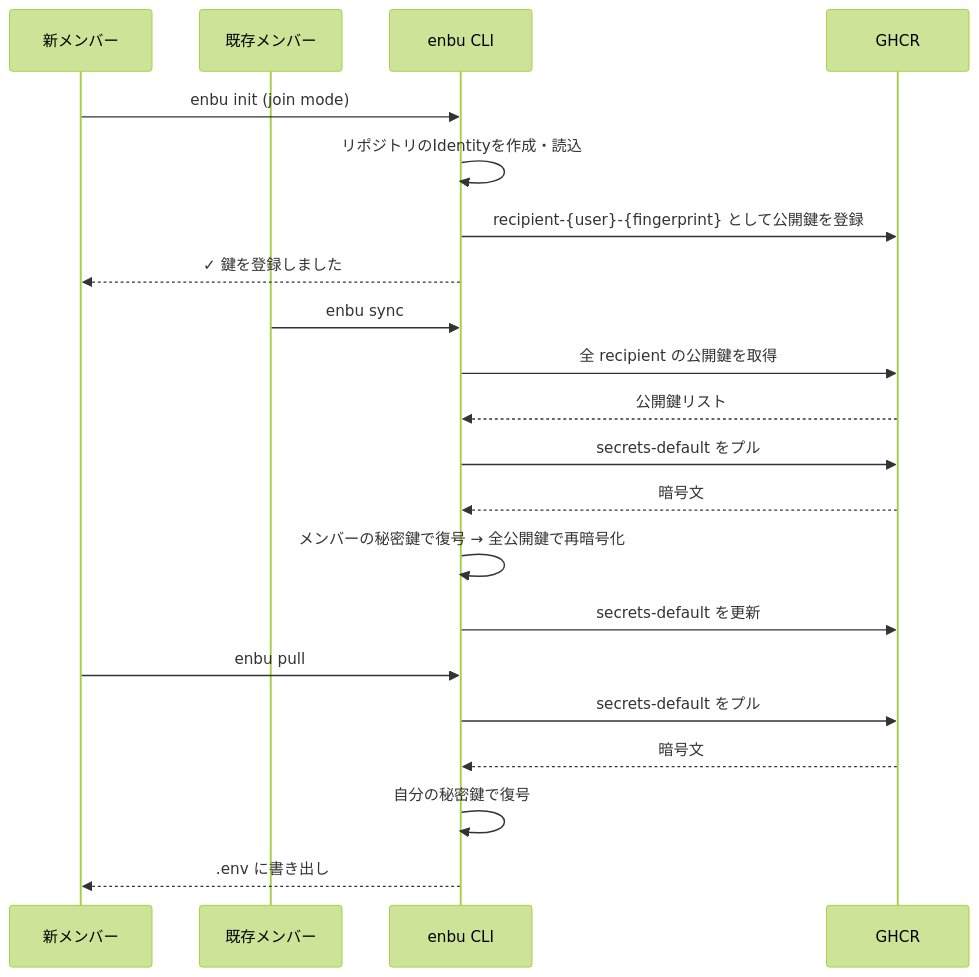
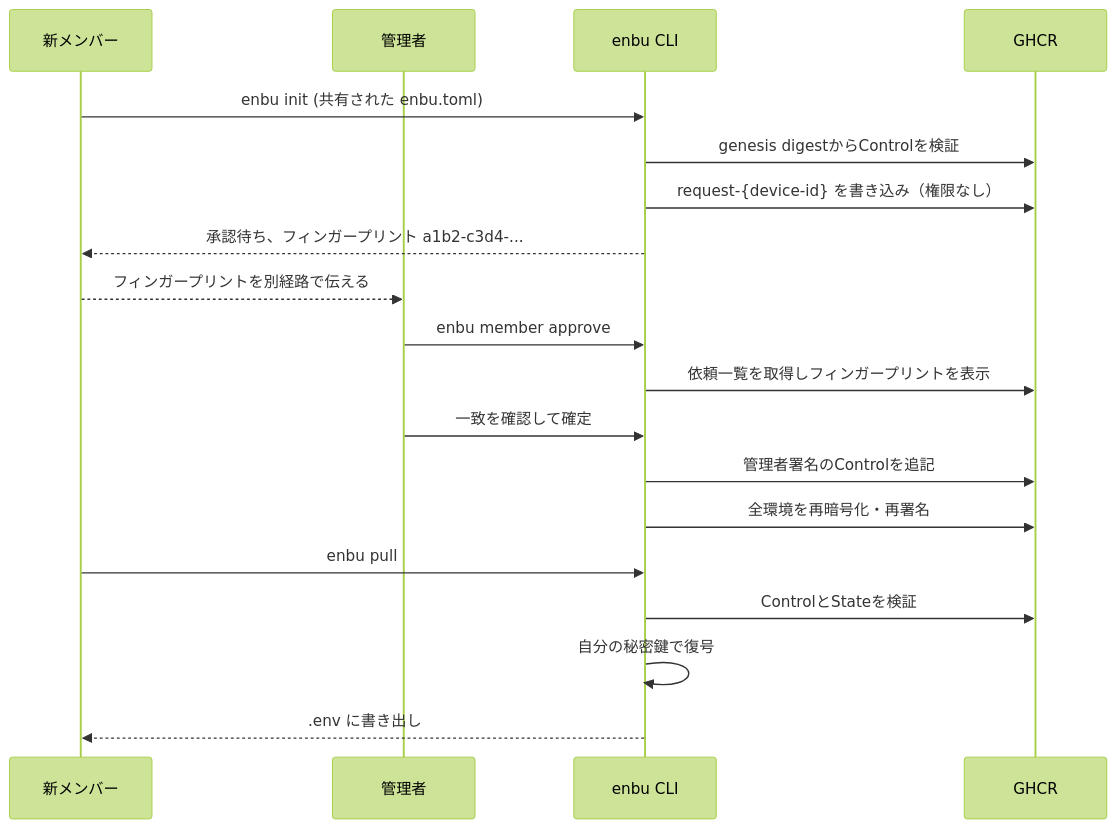
The third of 3 diagrams in README.ja.md (enbu-net/enbu), drawn with Mermaid (forest theme) before and after one commit. The commit also changed other lines of this file and 1 other file, not shown here.

Commit message:
docs(readme): describe signed control and device approval flow (#398)

````diff
--- a/README.ja.md
+++ b/README.ja.md
@@ -250,26 +280,24 @@
 ```mermaid
 sequenceDiagram
     participant New as 新メンバー
-    participant Member as 既存メンバー
+    participant Admin as 管理者
     participant CLI as enbu CLI
     participant GHCR as GHCR
 
-    New->>CLI: enbu init (join mode)
-    CLI->>CLI: リポジトリのIdentityを作成・読込
-    CLI->>GHCR: recipient-{user}-{fingerprint} として公開鍵を登録
-    CLI-->>New: ✓ 鍵を登録しました
+    New->>CLI: enbu init (共有された enbu.toml)
+    CLI->>GHCR: genesis digestからControlを検証
+    CLI->>GHCR: request-{device-id} を書き込み（権限なし）
+    CLI-->>New: 承認待ち、フィンガープリント a1b2-c3d4-...
 
-    Member->>CLI: enbu sync
-    CLI->>GHCR: 全 recipient の公開鍵を取得
-    GHCR-->>CLI: 公開鍵リスト
-    CLI->>GHCR: secrets-default をプル
-    GHCR-->>CLI: 暗号文
-    CLI->>CLI: メンバーの秘密鍵で復号 → 全公開鍵で再暗号化
-    CLI->>GHCR: secrets-default を更新
+    New-->>Admin: フィンガープリントを別経路で伝える
+    Admin->>CLI: enbu member approve
+    CLI->>GHCR: 依頼一覧を取得しフィンガープリントを表示
+    Admin->>CLI: 一致を確認して確定
+    CLI->>GHCR: 管理者署名のControlを追記
+    CLI->>GHCR: 全環境を再暗号化・再署名
 
     New->>CLI: enbu pull
-    CLI->>GHCR: secrets-default をプル
-    GHCR-->>CLI: 暗号文
+    CLI->>GHCR: ControlとStateを検証
     CLI->>CLI: 自分の秘密鍵で復号
     CLI-->>New: .env に書き出し
 ```
````
